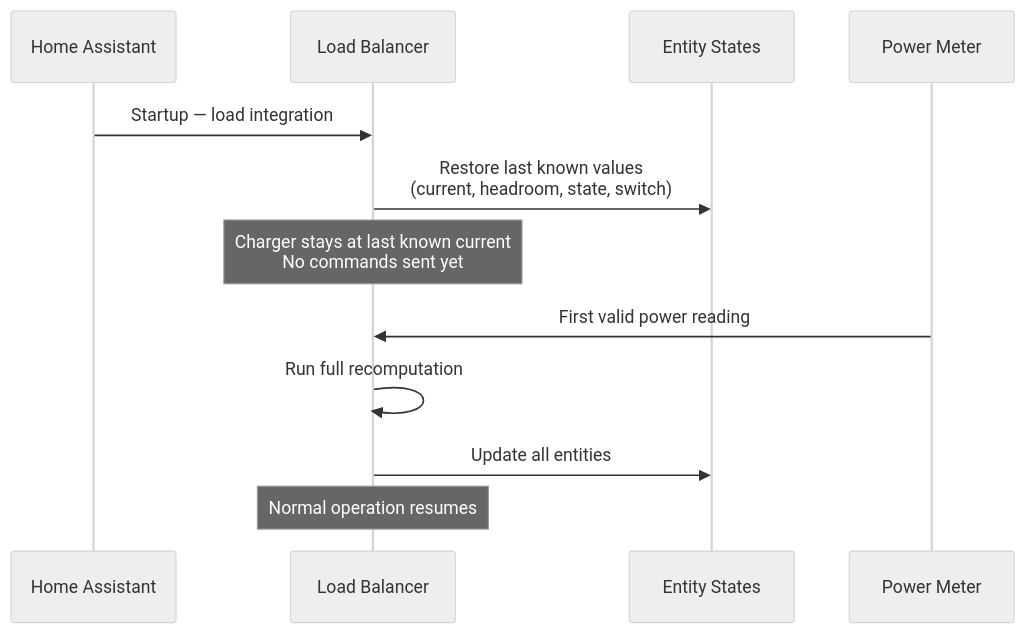
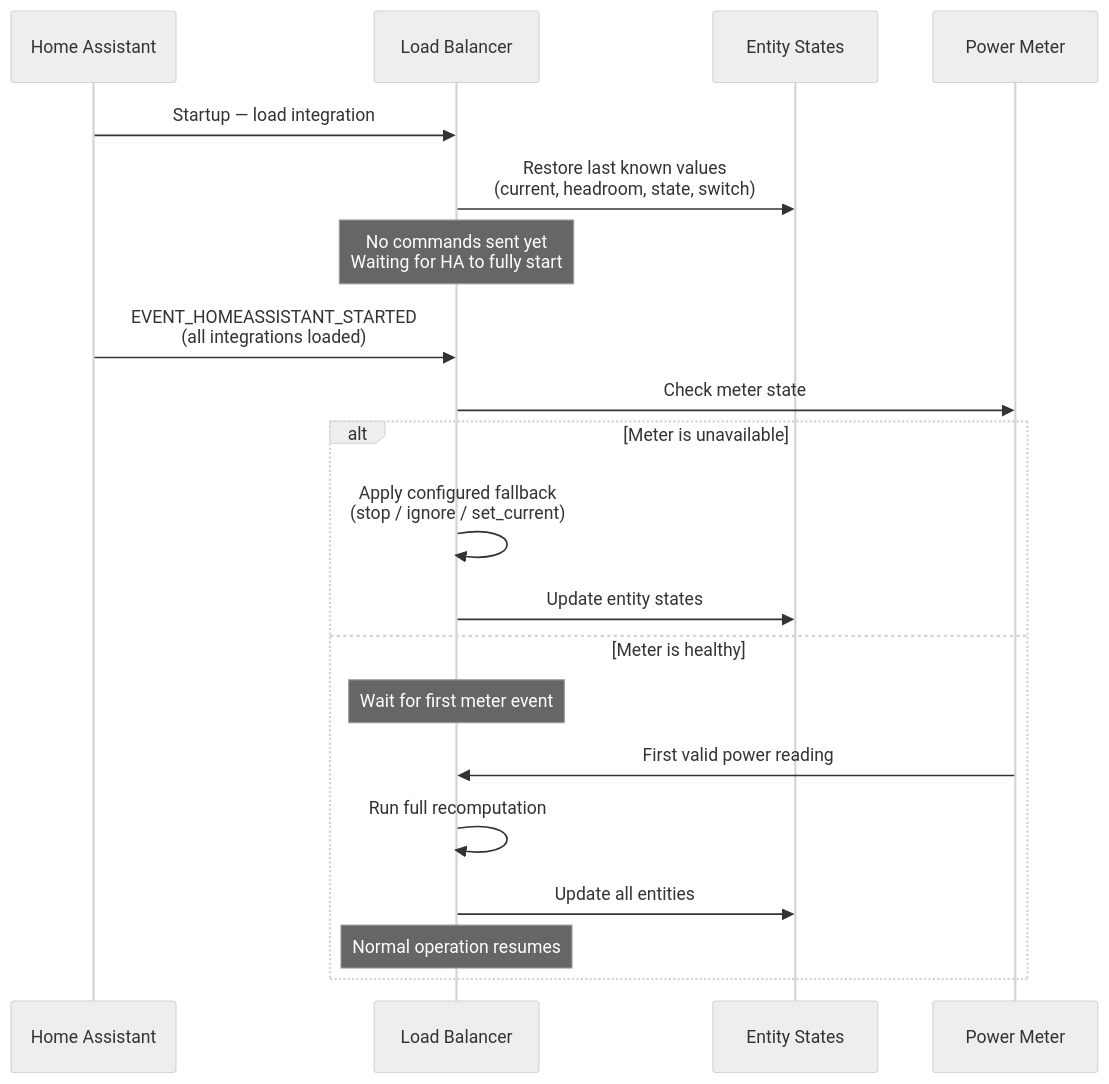
Before and after one commit to alexisml/ev-charger-load-balancing: the fifth of 6 diagrams in docs/documentation/how-it-works.md, drawn with Mermaid (neutral theme). The commit also changed other lines of this file and 4 other files, not shown here.

Commit message:
Handle unavailable power meter: defer startup fallback and re-apply limits on parameter changes (#47)

````diff
--- a/docs/documentation/how-it-works.md
+++ b/docs/documentation/how-it-works.md
@@ -333,15 +345,23 @@
 ```mermaid
 sequenceDiagram
     participant HA as Home Assistant
     participant LB as Load Balancer
     participant Sensors as Entity States
     participant Meter as Power Meter
 
     HA->>LB: Startup — load integration
     LB->>Sensors: Restore last known values<br/>(current, headroom, state, switch)
-    Note over LB: Charger stays at last known current<br/>No commands sent yet
-    Meter->>LB: First valid power reading
-    LB->>LB: Run full recomputation
-    LB->>Sensors: Update all entities
-    Note over LB: Normal operation resumes
+    Note over LB: No commands sent yet<br/>Waiting for HA to fully start
+    HA->>LB: EVENT_HOMEASSISTANT_STARTED<br/>(all integrations loaded)
+    LB->>Meter: Check meter state
+    alt Meter is unavailable
+        LB->>LB: Apply configured fallback<br/>(stop / ignore / set_current)
+        LB->>Sensors: Update entity states
+    else Meter is healthy
+        Note over LB: Wait for first meter event
+        Meter->>LB: First valid power reading
+        LB->>LB: Run full recomputation
+        LB->>Sensors: Update all entities
+        Note over LB: Normal operation resumes
+    end
 ```
````
